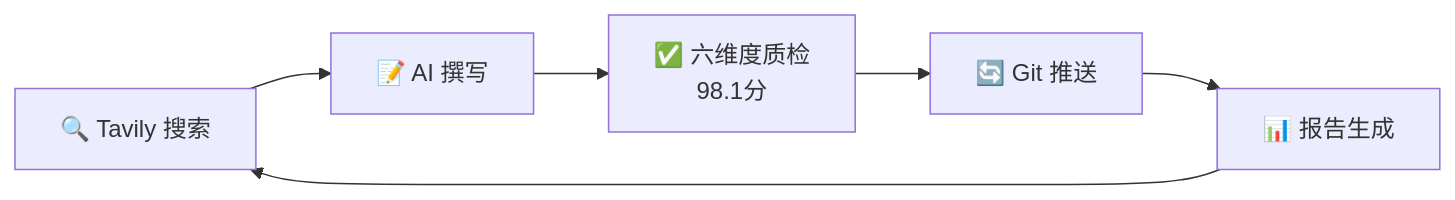
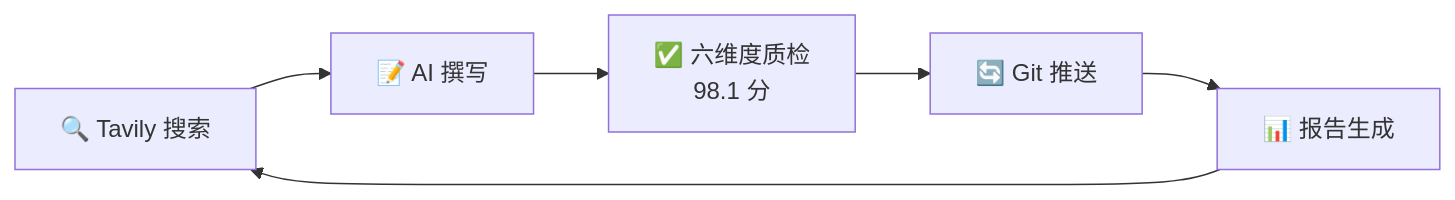
The diagram in README.md (zxk-git/openclaw-tutorial), drawn with Mermaid before and after one commit. The commit also changed other lines of this file and 26 other files, not shown here.

````diff
--- a/README.md
+++ b/README.md
@@ -114,8 +114,8 @@
 ```mermaid
 graph LR
     A[🔍 Tavily 搜索] --> B[📝 AI 撰写]
-    B --> C[✅ 六维度质检<br/>98.1分]
+    B --> C[✅ 六维度质检<br/>98.1 分]
     C --> D[🔄 Git 推送]
     D --> E[📊 报告生成]
     E --> A
 ```
````
